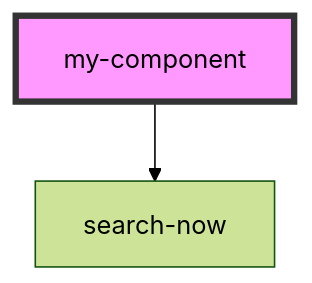
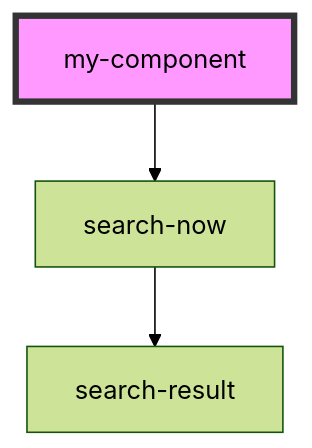
Before and after one commit to kosala1986/search-now: the diagram in packages/ui-core/src/components/my-component/readme.md, drawn with Mermaid (forest theme). The commit also changed 11 other files, not shown here.

````diff
--- a/packages/ui-core/src/components/my-component/readme.md
+++ b/packages/ui-core/src/components/my-component/readme.md
@@ -15,5 +15,6 @@
 ```mermaid
 graph TD;
   my-component --> search-now
+  search-now --> search-result
   style my-component fill:#f9f,stroke:#333,stroke-width:4px
 ```
````
